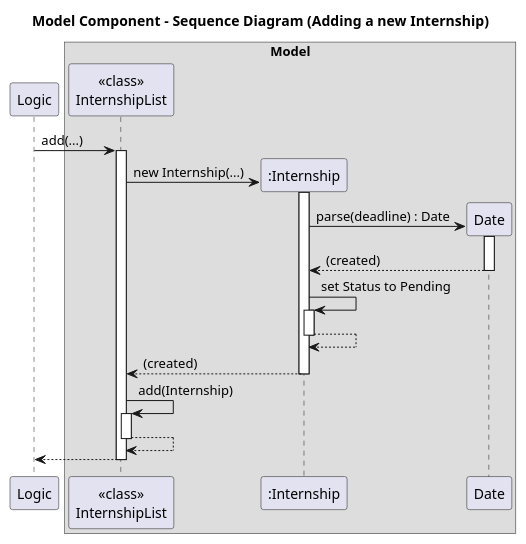
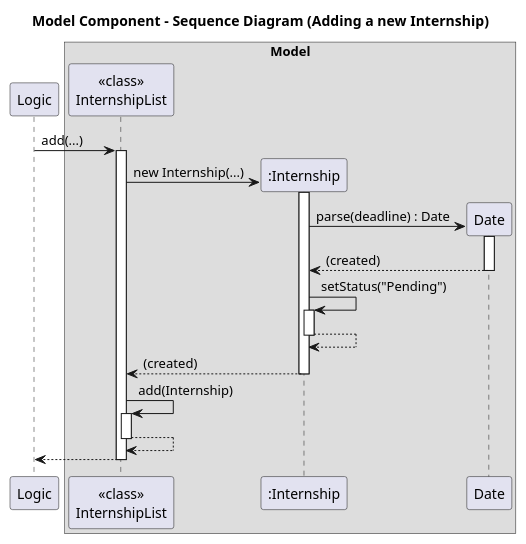
One commit to AY2526S1-CS2113-W14-4/tp changed the diagram in docs/diagrams/ModelComponentSD_Add.puml. Above: the diagram before and after it, drawn with PlantUML. The commit also changed 4 other files, not shown here.

Commit message:
Update diagrams

```diff
--- a/docs/diagrams/ModelComponentSD_Add.puml
+++ b/docs/diagrams/ModelComponentSD_Add.puml
@@ -1,52 +1,52 @@
 @startuml
 title Model Component - Sequence Diagram (Adding a new Internship)
 ' Model Component Sequence Diagram
 ' Shows interactions between Logic, Model, InternshipList, Internship, Date and Status
 ' Additional abstract components: Logic (parses commands) and Storage (persists data)
 '
 participant Logic as "Logic"
 
 
 box Model
 participant InternshipList as "<<class>>\nInternshipList"
 participant Internship as ":Internship"
 participant Date as "Date"
 endbox
 
 ' --- Scenario 1: Adding a new internship ---
 ' User types an `add` command; Logic parses and hands off a semantic request to Model
 ' Model validates high-level constraints then delegates to the list component
 Logic -> InternshipList: add(...)
 activate InternshipList
 ' InternshipList constructs a new Internship object (calls constructor)
 create Internship
 InternshipList -> Internship: new Internship(...)
 activate Internship
 ' Internship object parses and stores a Date and Status internally
 create Date
 Internship -> Date: parse(deadline) : Date
 activate Date
 Date --> Internship: (created)
 deactivate Date
 
-Internship -> Internship : set Status to Pending
+Internship -> Internship : setStatus("Pending")
 activate Internship
 Internship --> Internship
 deactivate Internship
 ' Construction returns the Internship instance to InternshipList
 Internship --> InternshipList: (created)
 deactivate Internship
 
 ' InternshipList appends to internal collection
 
 InternshipList -> InternshipList: add(Internship)
 activate InternshipList
 
 ' After mutation, Model requests Storage to persist the updated list
 InternshipList --> InternshipList
 deactivate InternshipList
 
 Logic <-- InternshipList
 deactivate InternshipList
 
 @enduml
```
